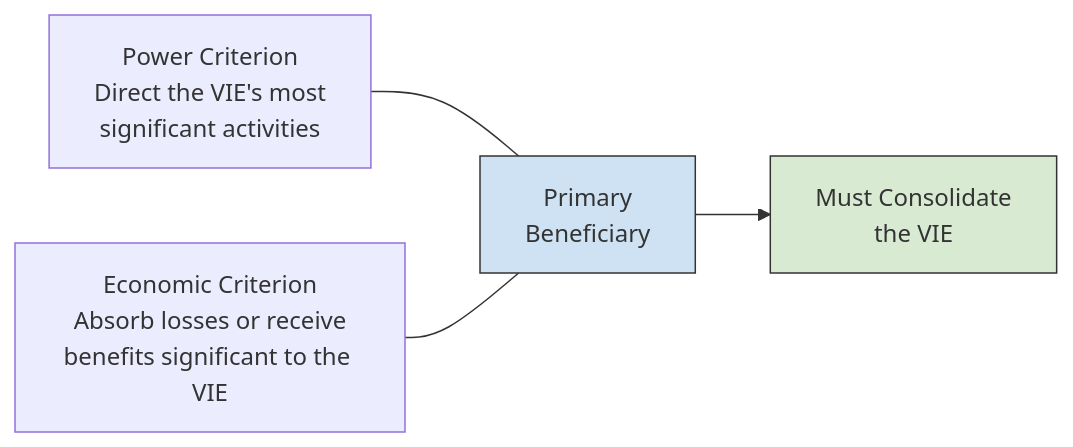
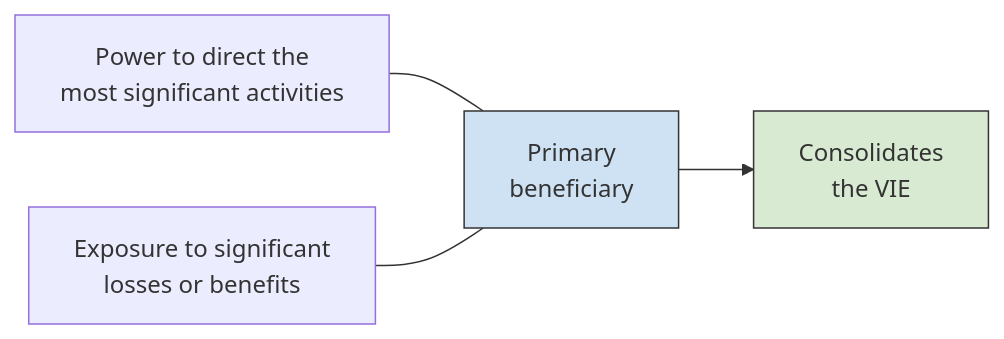
Before and after one commit to subwaymatch/cpabear-book: the second of 3 diagrams in docs/bar/technical-accounting-combinations-and-reporting/consolidated-financial-statements.md, drawn with Mermaid. The commit also changed other lines of this file and 204 other files, not shown here.

First line of the commit message:
Update the book for the 2027 CPA Exam Blueprints, fix dark-mode diagrams, add diagram zoom (#49)

````diff
--- a/docs/bar/technical-accounting-combinations-and-reporting/consolidated-financial-statements.md
+++ b/docs/bar/technical-accounting-combinations-and-reporting/consolidated-financial-statements.md
@@ -109,8 +65,8 @@
 ```mermaid
 graph LR
-    P["Power Criterion<br/>Direct the VIE's most<br/>significant activities"] --- PB["Primary<br/>Beneficiary"]
-    E["Economic Criterion<br/>Absorb losses or receive<br/>benefits significant to the VIE"] --- PB
-    PB --> C["Must Consolidate<br/>the VIE"]
+    P["Power to direct the<br/>most significant activities"] --- PB["Primary<br/>beneficiary"]
+    E["Exposure to significant<br/>losses or benefits"] --- PB
+    PB --> C["Consolidates<br/>the VIE"]
     style PB fill:#cfe2f3,stroke:#333
     style C fill:#d9ead3,stroke:#333
 ```
````
